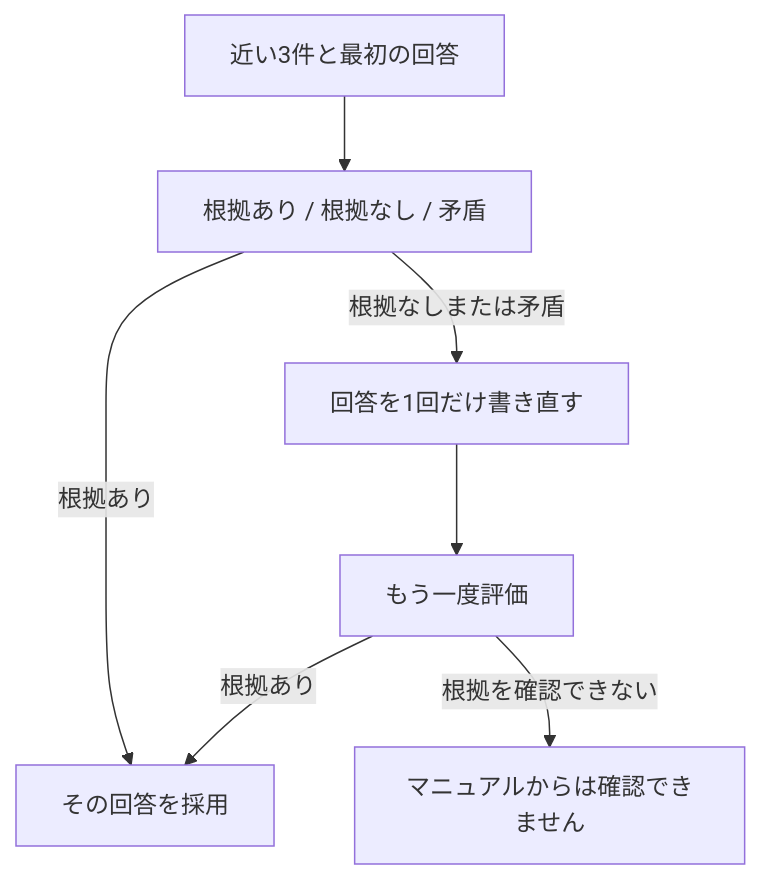
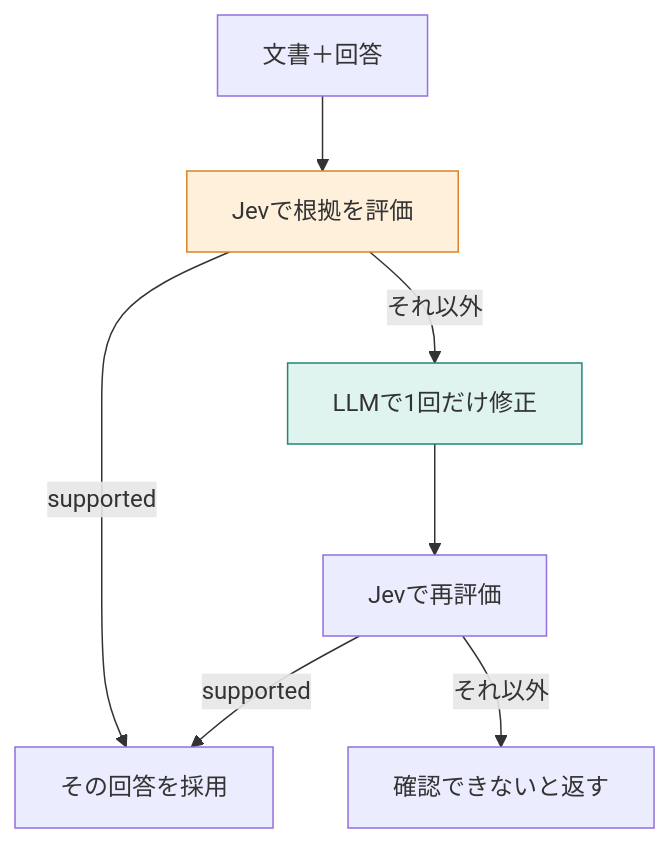
Before and after one commit to kouji0705/rag-study: the diagram in books/cd019af39edb03/12-verify.md, drawn with Mermaid. The commit also changed other lines of this file and 6 other files, not shown here.

````diff
--- a/books/cd019af39edb03/12-verify.md
+++ b/books/cd019af39edb03/12-verify.md
@@ -15,9 +7,11 @@
 ```mermaid
 flowchart TD
-    A["近い3件と最初の回答"] --> J["根拠あり / 根拠なし / 矛盾"]
-    J -->|根拠あり| O["その回答を採用"]
-    J -->|根拠なしまたは矛盾| R["回答を1回だけ書き直す"]
-    R --> V["もう一度評価"]
-    V -->|根拠あり| O
-    V -->|根拠を確認できない| H["マニュアルからは確認できません"]
+    A["文書＋回答"] --> J["Jevで根拠を評価"]
+    J -->|supported| O["その回答を採用"]
+    J -->|それ以外| R["LLMで1回だけ修正"]
+    R --> V["Jevで再評価"]
+    V -->|supported| O
+    V -->|それ以外| U["確認できないと返す"]
+    style J fill:#fff0db,stroke:#d9822b
+    style R fill:#dff4ef,stroke:#228678
 ```
````
